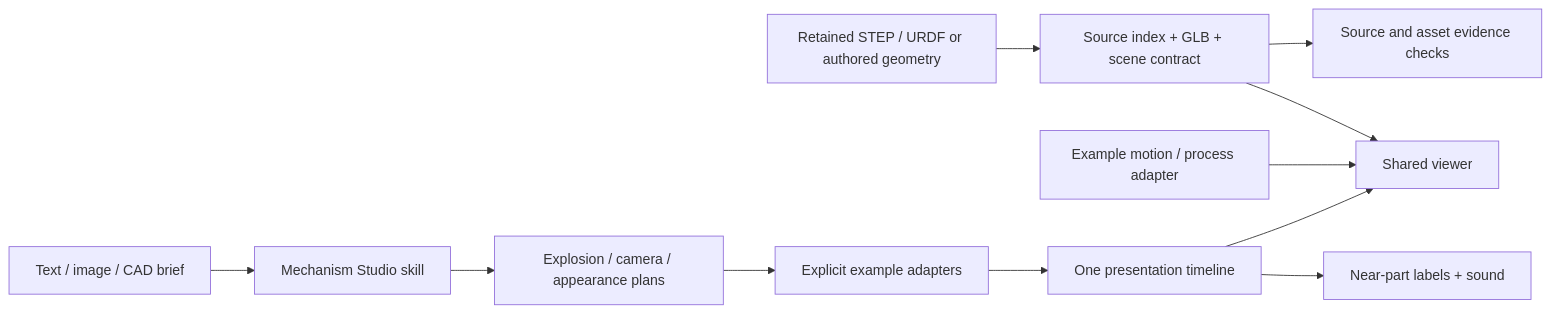
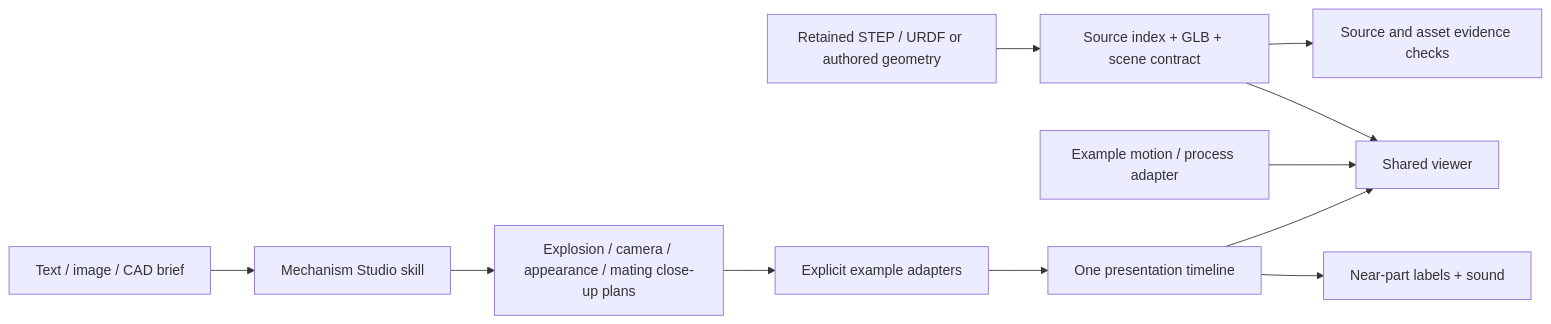
Before and after one commit to tutao0123/mechanism-studio: the diagram in docs/architecture.md, drawn with Mermaid. The commit also changed other lines of this file and 155 other files, not shown here.

First line of the commit message:
Add complete WOLF teardown and reusable mating close-ups

````diff
--- a/docs/architecture.md
+++ b/docs/architecture.md
@@ -8,13 +8,13 @@
 ```mermaid
 flowchart LR
   I[Text / image / CAD brief] --> S[Mechanism Studio skill]
-  S --> E[Explosion / camera / appearance plans]
+  S --> E[Explosion / camera / appearance / mating close-up plans]
   C[Retained STEP / URDF or authored geometry] --> A[Source index + GLB + scene contract]
   A --> V[Shared viewer]
   M[Example motion / process adapter] --> V
   E --> D[Explicit example adapters]
   D --> T[One presentation timeline]
   T --> V
   T --> L[Near-part labels + sound]
   A --> Q[Source and asset evidence checks]
 ```
````
